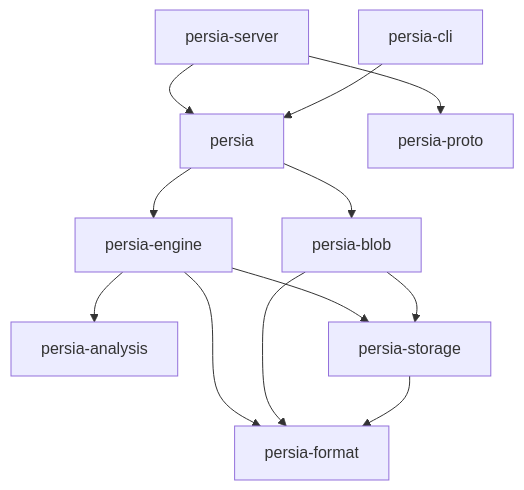
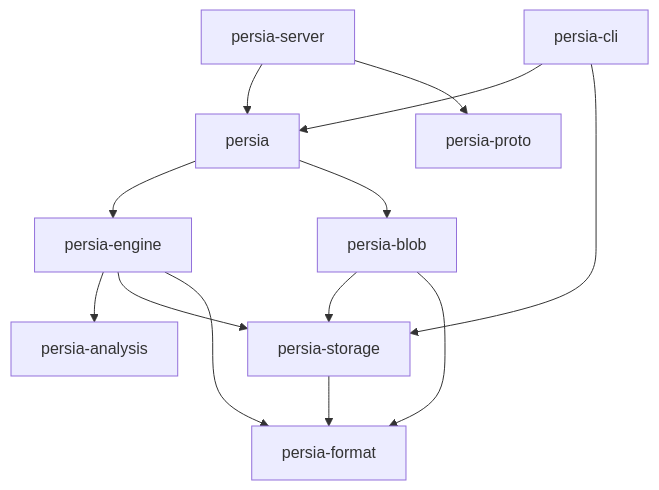
One commit to tomiok/persiaDB changed the diagram in docs/architecture.md. Above: the diagram before and after it, drawn with Mermaid. The commit also changed 38 other files, not shown here.

First line of the commit message:
Sweep stale files; CLI maintenance; coalesced compaction writes; local-disk detection and Windows file identity (ROADMAP 2.3.8, 2.3.10, 2.4.18, 2.4.19, 2.4.21) (#9)

````diff
--- a/docs/architecture.md
+++ b/docs/architecture.md
@@ -31,14 +31,15 @@
 ```mermaid
 flowchart TD
   server[persia-server] --> persia
   server --> proto[persia-proto]
   cli[persia-cli] --> persia
+  cli --> storage
   persia --> engine[persia-engine]
   persia --> blob[persia-blob]
   engine --> analysis[persia-analysis]
   engine --> storage[persia-storage]
   engine --> format[persia-format]
   blob --> storage
   blob --> format
   storage --> format
 ```
````
